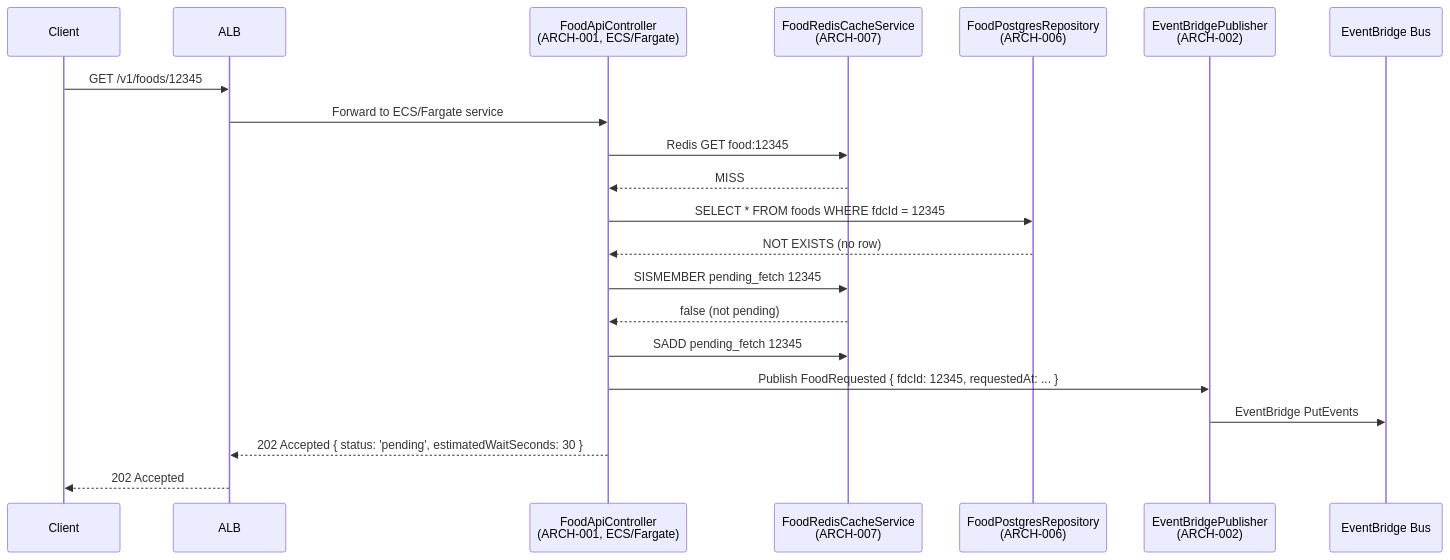
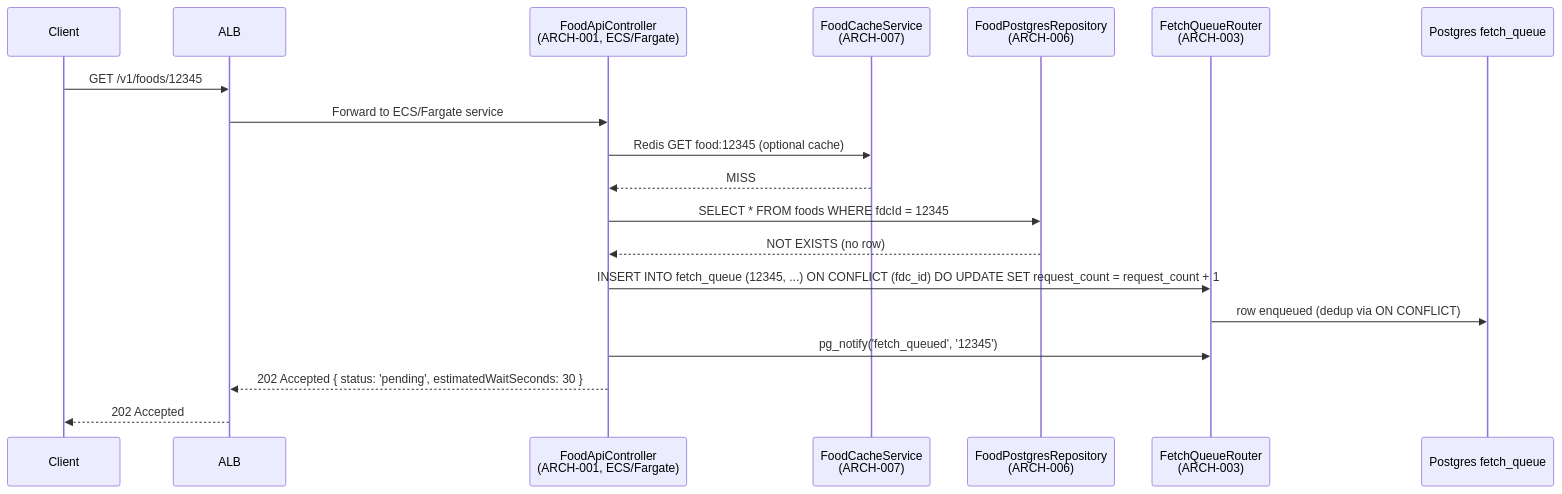
Before and after one commit to radicle-co/KitchenSink: the third of 8 diagrams in specs/003-usda-food-data/v-model/architecture-design.md, drawn with Mermaid. The commit also changed other lines of this file and 15 other files, not shown here.

````diff
--- a/specs/003-usda-food-data/v-model/architecture-design.md
+++ b/specs/003-usda-food-data/v-model/architecture-design.md
@@ -92,24 +92,22 @@
 ```mermaid
 sequenceDiagram
     participant C as Client
     participant G as ALB
     participant A as FoodApiController<br/>(ARCH-001, ECS/Fargate)
-    participant R as FoodRedisCacheService<br/>(ARCH-007)
+    participant R as FoodCacheService<br/>(ARCH-007)
     participant P as FoodPostgresRepository<br/>(ARCH-006)
-    participant E as EventBridgePublisher<br/>(ARCH-002)
-    participant EB as EventBridge Bus
+    participant Q as FetchQueueRouter<br/>(ARCH-003)
+    participant PG as Postgres fetch_queue
 
     C->>G: GET /v1/foods/12345
     G->>A: Forward to ECS/Fargate service
-    A->>R: Redis GET food:12345
+    A->>R: Redis GET food:12345 (optional cache)
     R-->>A: MISS
     A->>P: SELECT * FROM foods WHERE fdcId = 12345
     P-->>A: NOT EXISTS (no row)
-    A->>R: SISMEMBER pending_fetch 12345
-    R-->>A: false (not pending)
-    A->>R: SADD pending_fetch 12345
-    A->>E: Publish FoodRequested { fdcId: 12345, requestedAt: ... }
-    E->>EB: EventBridge PutEvents
+    A->>Q: INSERT INTO fetch_queue (12345, ...) ON CONFLICT (fdc_id) DO UPDATE SET request_count = request_count + 1
+    Q->>PG: row enqueued (dedup via ON CONFLICT)
+    A->>Q: pg_notify('fetch_queued', '12345')
     A-->>G: 202 Accepted { status: 'pending', estimatedWaitSeconds: 30 }
     G-->>C: 202 Accepted
 ```
````
